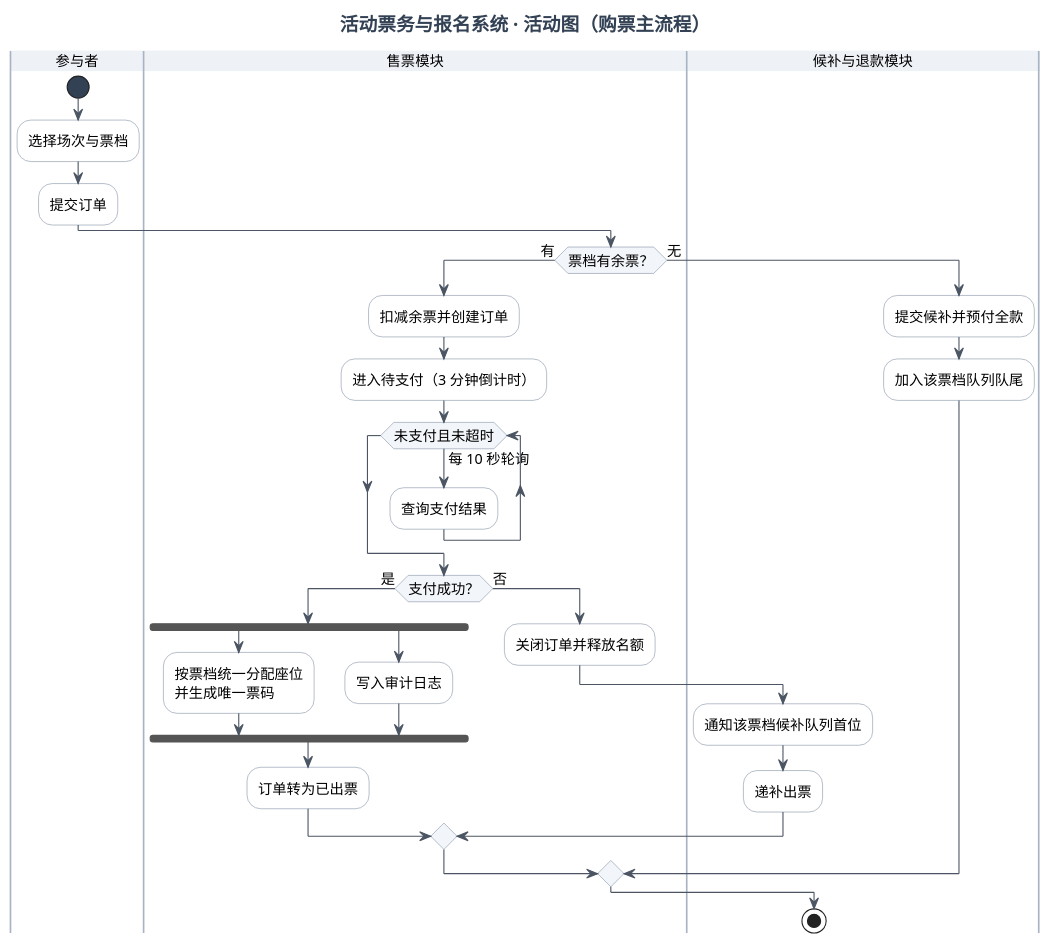
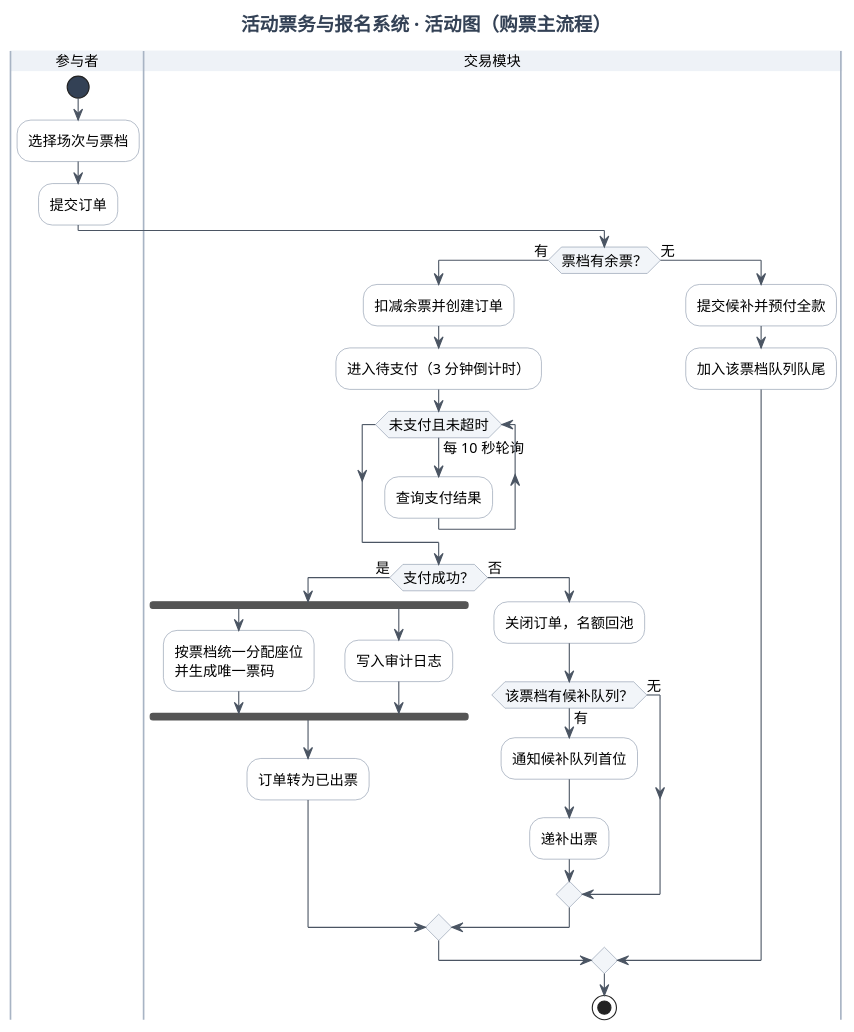
Before and after one commit to haoyi-yizhan/RUANGONG_lab1: the diagram in lab2/交付物/UML/UML活动图.puml, drawn with PlantUML. The commit also changed 5 other files, not shown here.

Commit message:
活动图修正：超时关闭名额先回池，候补队列非空才递补（原为无条件递补）；泳道收敛为参与者/交易模块；第2/3章与报告同步

```diff
--- a/lab2/交付物/UML/UML活动图.puml
+++ b/lab2/交付物/UML/UML活动图.puml
@@ -1,62 +1,66 @@
 @startuml
 ' 实验二：活动图（购票主流程）
+' 泳道只有两条：参与者、交易模块——售票、候补、退款合并后同属交易模块（见第2章模块划分）。
+' 语义约定：超时关闭的名额先回池（余票唯一写入口），是否递补取决于该票档候补队列是否非空；
+'           候补只在售罄时开放，因此"有余票"与"有候补"不会同时成立。
 
 skinparam backgroundColor #FFFFFF
 skinparam defaultFontName "Microsoft YaHei"
 skinparam defaultFontSize 13
 skinparam shadowing false
 skinparam ArrowColor #4B5563
 skinparam BorderColor #7C8AA0
 skinparam TitleFontSize 17
 skinparam TitleFontColor #334155
 skinparam NoteBackgroundColor #FBF9F1
 skinparam NoteBorderColor #D8D2BE
 skinparam NoteFontSize 11
 skinparam activityBackgroundColor #FFFFFF
 skinparam activityBorderColor #7C8AA0
 skinparam activityDiamondBackgroundColor #F2F5F9
 skinparam activityDiamondBorderColor #7C8AA0
 skinparam swimlaneBorderColor #A8B4C4
 skinparam swimlaneTitleBackgroundColor #EEF2F7
 skinparam activityStartColor #334155
 skinparam activityEndColor #334155
 skinparam nodesep 30
 skinparam ranksep 40
 
 title 活动票务与报名系统 · 活动图（购票主流程）
 
 |参与者|
 start
 :选择场次与票档;
 :提交订单;
 
-|售票模块|
+|交易模块|
 if (票档有余票？) then (有)
   :扣减余票并创建订单;
   :进入待支付（3 分钟倒计时）;
   while (未支付且未超时) is (每 10 秒轮询)
     :查询支付结果;
   endwhile
   if (支付成功？) then (是)
     fork
       :按票档统一分配座位
       并生成唯一票码;
     fork again
       :写入审计日志;
     end fork
     :订单转为已出票;
   else (否)
-    :关闭订单并释放名额;
-    |候补与退款模块|
-    :通知该票档候补队列首位;
-    :递补出票;
+    :关闭订单，名额回池;
+    if (该票档有候补队列？) then (有)
+      :通知候补队列首位;
+      :递补出票;
+    else (无)
+    endif
   endif
 else (无)
-  |候补与退款模块|
   :提交候补并预付全款;
   :加入该票档队列队尾;
 endif
 
 stop
 
 @enduml
```
